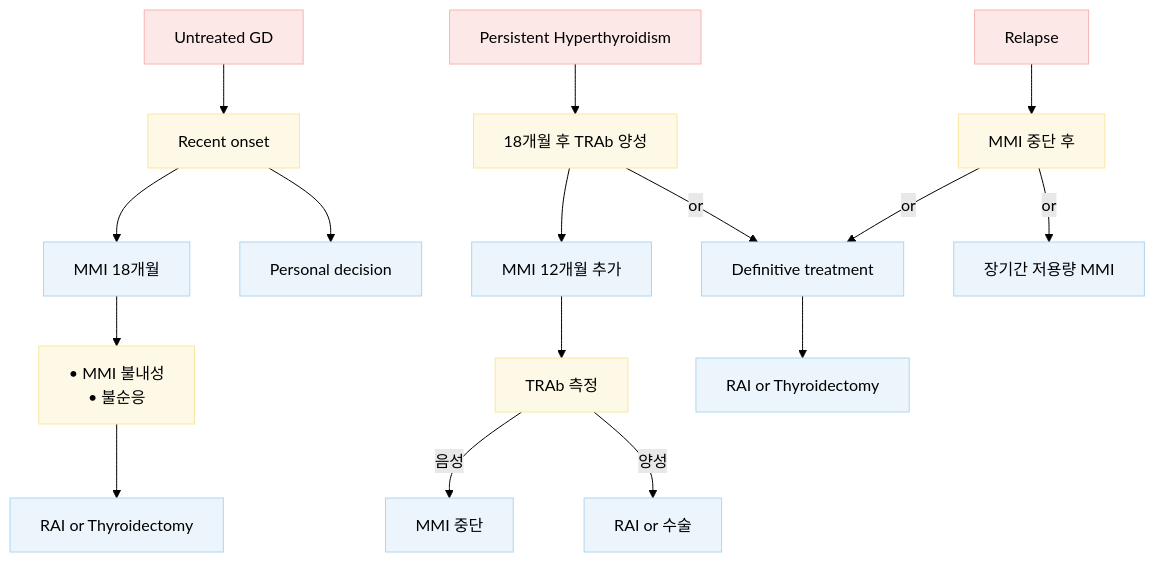
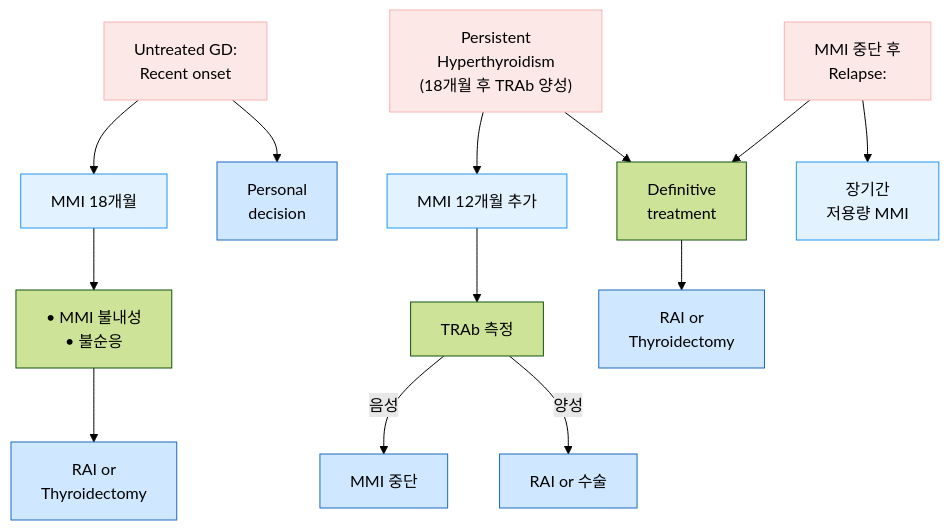
Before and after one commit to familyoh77/familyoh77: the second of 2 diagrams in 226_/106_-hyperthyroidism.md, drawn with Mermaid (forest theme). The commit also changed other lines of this file, not shown here.

Commit message:
GITBOOK-1213: No subject

````diff
--- a/226_/106_-hyperthyroidism.md
+++ b/226_/106_-hyperthyroidism.md
@@ -210,35 +212,28 @@
 ```mermaid
 flowchart TD
     %% [1] Untreated GD Flow
-    A1[Untreated GD] --> A2[Recent onset]
-    A2 --> A3[MMI 18개월]
-    A2 --> A4[Personal decision]
+A2[Untreated GD:<br/>Recent onset] --> A3[MMI 18개월]
+    A2 --> A4[Personal <br/>decision]
     A3 --> A5["• MMI 불내성<br>• 불순응"]
-    A5 --> A6[RAI or Thyroidectomy]
-
+    A5 --> A6[RAI or <br/>Thyroidectomy]
     %% [2] Persistent Hyperthyroidism Flow
-    B1[Persistent Hyperthyroidism] --> B2[18개월 후 TRAb 양성]
-    B2 --> B3[MMI 12개월 추가]
-    B2 -->|or| BC_Def[Definitive treatment]
+B2["Persistent <br/>Hyperthyroidism <br>(18개월 후 TRAb 양성)"] -->B3[MMI 12개월 추가]
+    B2 -->BC_Def[Definitive <br/>treatment]
     B3 --> B4[TRAb 측정]
     B4 -->|음성| B5[MMI 중단]
     B4 -->|양성| B6[RAI or 수술]
-
     %% [3] Relapse Flow
-    C1[Relapse] --> C2[MMI 중단 후]
-    C2 -->|or| BC_Def
-    C2 -->|or| C3[장기간 저용량 MMI]
-
+C2[MMI 중단 후<br/>Relapse:] -->BC_Def
+    C2 -->C3[장기간 <br/>저용량 MMI]
     %% Shared Output
-    BC_Def --> BC_Out[RAI or Thyroidectomy]
+    BC_Def --> BC_Out[RAI or <br/>Thyroidectomy]
 
     %% Style Definitions
-    classDef pink fill:#FDE8E8,stroke:#F8B4B4,stroke-width:1px;
-    classDef yellow fill:#FEF9E7,stroke:#F9E79F,stroke-width:1px;
-    classDef blue fill:#EBF5FB,stroke:#AED6F1,stroke-width:1px;
+classDef pink fill:#FDE8E8,stroke:#F8B4B4,stroke-width:1px;
+    class A2,B2,C2 pink
+classDef sky fill:#e3f2ff,stroke:#2196f3
+    class A3,B3,C3 sky
+classDef blue fill:#d0e8ff,stroke:#1a6abf
+    class A4,A6,B5,B6,BC_Out, blue
 
-    %% Apply Styles Individually for Stability
-    class A1 pink; class B1 pink; class C1 pink;
-    class A2 yellow; class A5 yellow; class B2 yellow; class B4 yellow; class C2 yellow;
-    class A3 blue; class A4 blue; class A6 blue; class B3 blue; class B5 blue; class B6 blue; class BC_Def blue; class BC_Out blue; class C3 blue;
 ```
````
